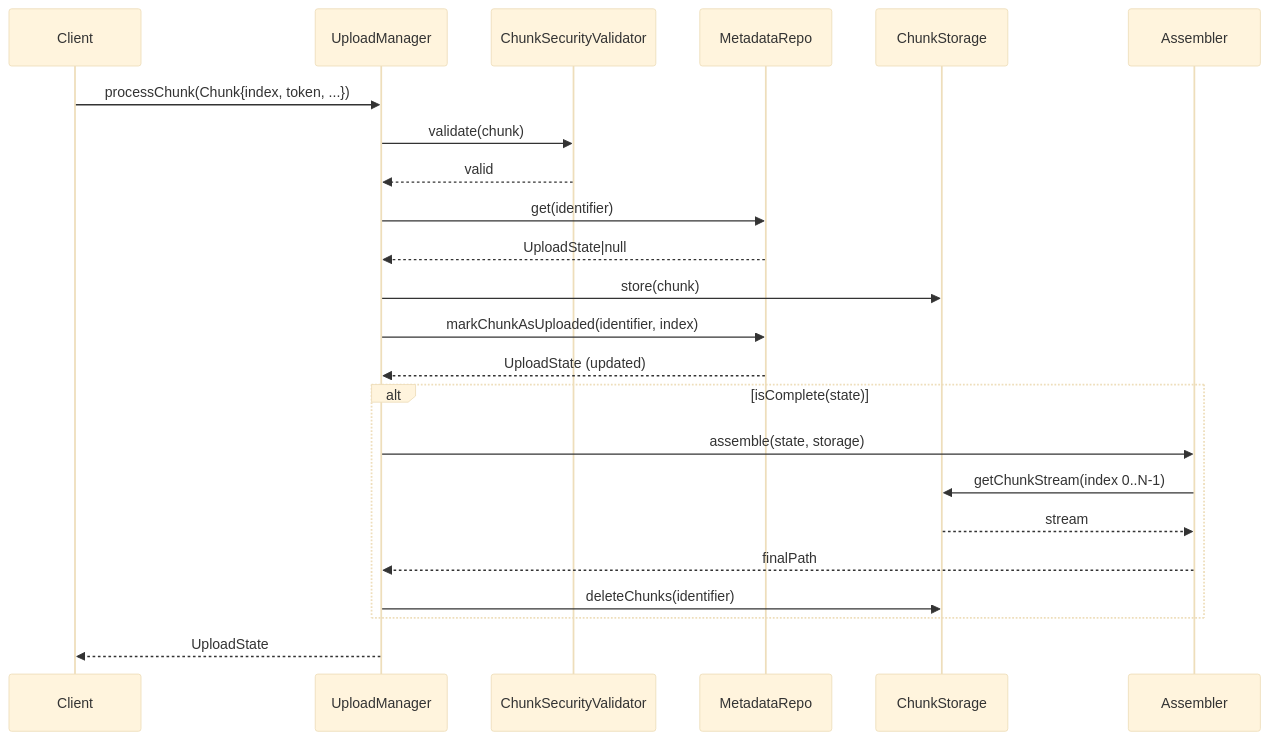
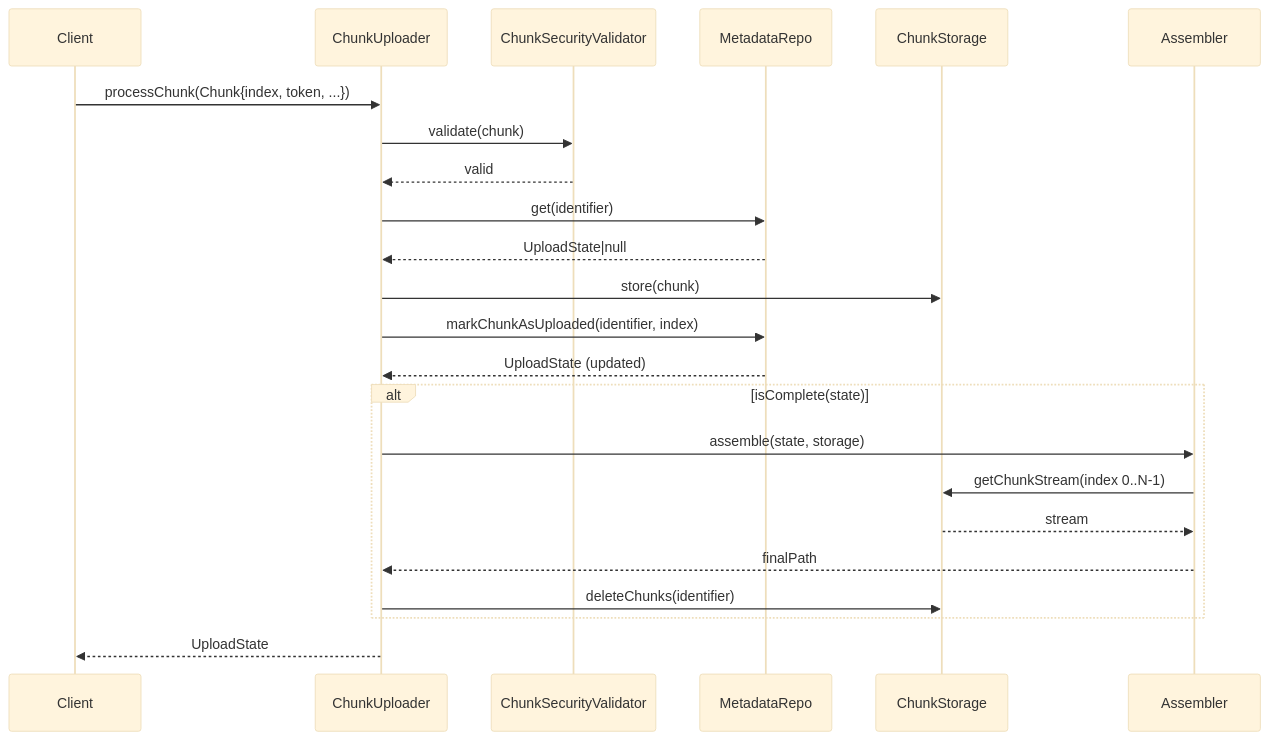
One commit to unknownman/chunked-uploader changed the second of 2 diagrams in README.md. Above: the diagram before and after it, drawn with Mermaid (base theme). The commit also changed other lines of this file and 16 other files, not shown here.

First line of the commit message:
Refactor upload orchestration into ChunkUploader

````diff
--- a/README.md
+++ b/README.md
@@ -99,26 +99,26 @@
 ```mermaid
 sequenceDiagram
     participant C as Client
-    participant M as UploadManager
+    participant M as ChunkUploader
     participant TS as ChunkSecurityValidator
     participant MD as MetadataRepo
     participant S as ChunkStorage
     participant A as Assembler
 
     C->>M: processChunk(Chunk{index, token, ...})
     M->>TS: validate(chunk)
     TS-->>M: valid
     M->>MD: get(identifier)
     MD-->>M: UploadState|null
     M->>S: store(chunk)
     M->>MD: markChunkAsUploaded(identifier, index)
     MD-->>M: UploadState (updated)
     alt isComplete(state)
         M->>A: assemble(state, storage)
         A->>S: getChunkStream(index 0..N-1)
         S-->>A: stream
         A-->>M: finalPath
         M->>S: deleteChunks(identifier)
     end
     M-->>C: UploadState
 ```
````
